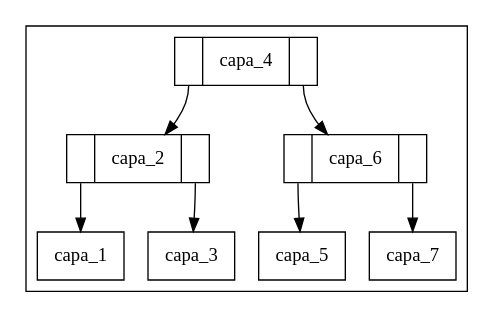
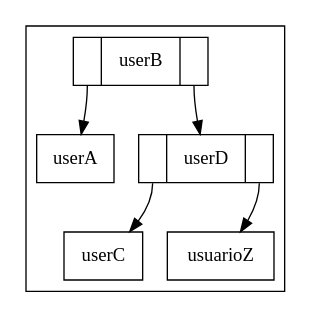
Before and after one commit to Chejohrpp/Proyecto1-EstructuraDatos: the diagram in img/dibujable.dot, drawn with Graphviz. The commit also changed 16 other files, not shown here.

```diff
--- a/img/dibujable.dot
+++ b/img/dibujable.dot
@@ -1,17 +1,13 @@
-digraph g{ subgraph cluster_arbol_capas{
+digraph g{ subgraph cluster_arbol_users{
 rankdir=TB;
 node[shape = record, style=filled, fillcolor=white];
-capascapa_4:C0->capascapa_2;
-capascapa_2:C0->capascapa_1;
-capascapa_1[label="capa_1"];
-capascapa_2:C1->capascapa_3;
-capascapa_3[label="capa_3"];
-capascapa_2[ label ="<C0>|capa_2|<C1>"];
-capascapa_4:C1->capascapa_6;
-capascapa_6:C0->capascapa_5;
-capascapa_5[label="capa_5"];
-capascapa_6:C1->capascapa_7;
-capascapa_7[label="capa_7"];
-capascapa_6[ label ="<C0>|capa_6|<C1>"];
-capascapa_4[ label ="<C0>|capa_4|<C1>"];
+usersuserB:C0->usersuserA;
+usersuserA[label="userA"];
+usersuserB:C1->usersuserD;
+usersuserD:C0->usersuserC;
+usersuserC[label="userC"];
+usersuserD:C1->usersusuarioZ;
+usersusuarioZ[label="usuarioZ"];
+usersuserD[ label ="<C0>|userD|<C1>"];
+usersuserB[ label ="<C0>|userB|<C1>"];
 } }
```
